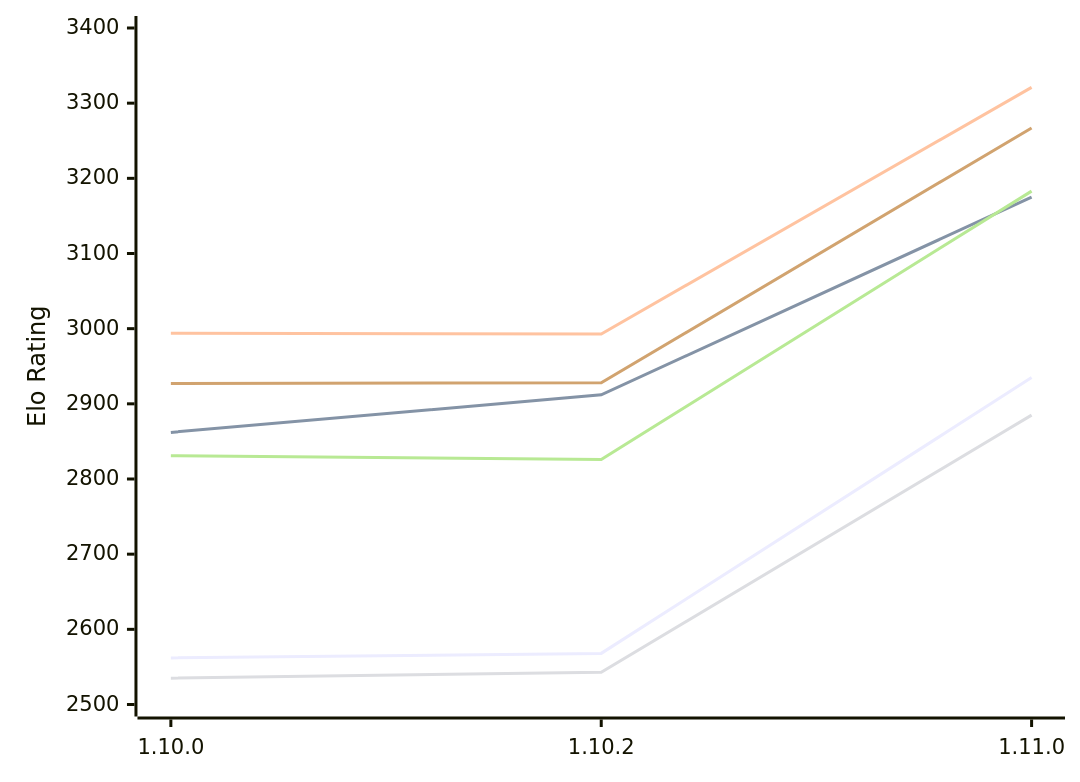
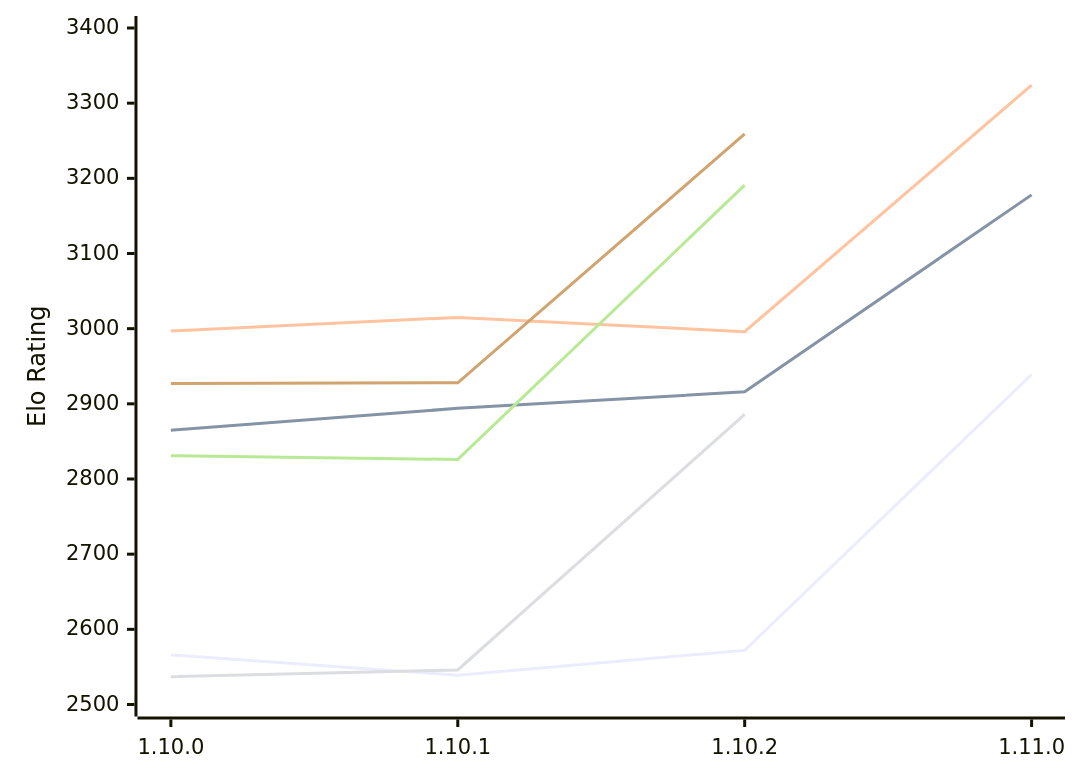
One commit to computer-chess-index/cci changed the first of 2 diagrams in engines/Basilisk.md. Above: the diagram before and after it, drawn with Mermaid. The commit also changed other lines of this file, not shown here.

Commit message:
Update CCI Ratings (ELO VLTC) - 2026-11-22

````diff
--- a/engines/Basilisk.md
+++ b/engines/Basilisk.md
@@ -63,12 +64,12 @@
 ```mermaid
 %%{init: {"theme":"base","themeVariables":{"seriesColors:['#a3a3a3','#222221','#faa371']}}}%%
 xychart-beta
-  x-axis ["1.10.0", "1.10.2", "1.11.0"]
+  x-axis ["1.10.0", "1.10.1", "1.10.2", "1.11.0"]
   y-axis "Elo Rating" 2500 --> 3400
-  line "E1: STC (8.0+0.08s)" [2562, 2568, 2935]
-  line "E1: LTC (60.0+0.60s)" [2862, 2912, 3175]
-  line "E1: VLTC (2m24s+1.12s)" [2994, 2993, 3321]
-  line "P1: STC (8.0+0.08s)" [2535, 2543, 2885]
-  line "P1: LTC (60.0+0.60s)" [2831, 2826, 3183]
-  line "P1: VLTC (2m24s+1.12s)" [2927, 2928, 3267]
+  line "E1: STC (8.0+0.08s)" [2566, 2539, 2572, 2939]
+  line "E1: LTC (60.0+0.60s)" [2865, 2894, 2916, 3178]
+  line "E1: VLTC (2m24s+1.12s)" [2997, 3015, 2996, 3324]
+  line "P1: STC (8.0+0.08s)" [2537, 2546, 2886]
+  line "P1: LTC (60.0+0.60s)" [2831, 2826, 3191]
+  line "P1: VLTC (2m24s+1.12s)" [2927, 2928, 3259]
 ```
````
